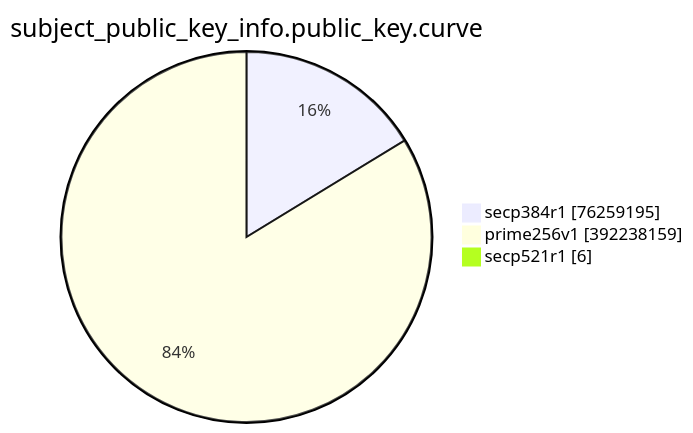
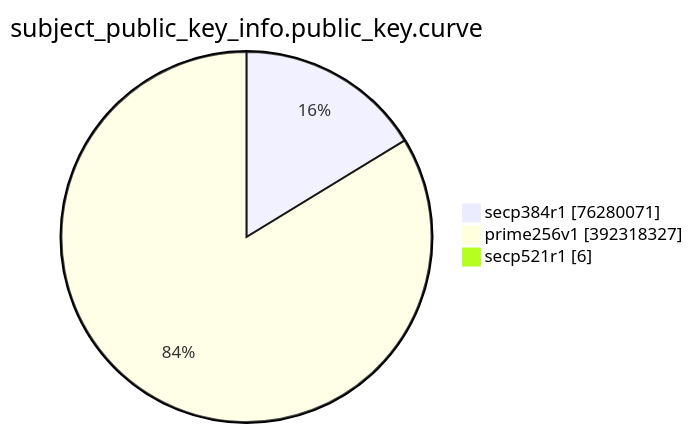
Before and after one commit to christiankrug/ctmonitor_visualization: the eighth of 15 diagrams in TOTAL/README.md, drawn with Mermaid. The commit also changed other lines of this file, not shown here.

````diff
--- a/TOTAL/README.md
+++ b/TOTAL/README.md
@@ -3094,7 +3094,7 @@
 ```mermaid
 pie showData
 title subject_public_key_info.public_key.curve
-"secp384r1" :76259195
-"prime256v1" :392238159
+"secp384r1" :76280071
+"prime256v1" :392318327
 "secp521r1" :6
 ```
````
